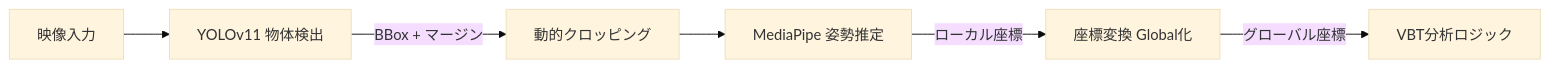
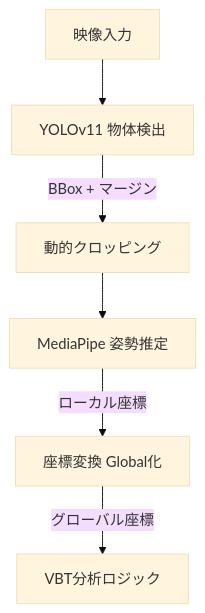
Before and after one commit to Hk22064/barbel_tracker: the third of 4 diagrams in README.md, drawn with Mermaid (base theme). The commit also changed other lines of this file, not shown here.

Commit message:
Docs: Change Image Processing Pipeline diagram to vertical (TD) orientation

````diff
--- a/README.md
+++ b/README.md
@@ -120,8 +120,8 @@
 ```mermaid
-graph LR
+graph TD
     Input["映像入力"] --> YOLO["YOLOv11 物体検出"]
     YOLO -->|"BBox + マージン"| Crop["動的クロッピング"]
     Crop --> MP["MediaPipe 姿勢推定"]
     MP -->|"ローカル座標"| Transform["座標変換 Global化"]
     Transform -->|"グローバル座標"| Analyzer["VBT分析ロジック"]
 ```
````
